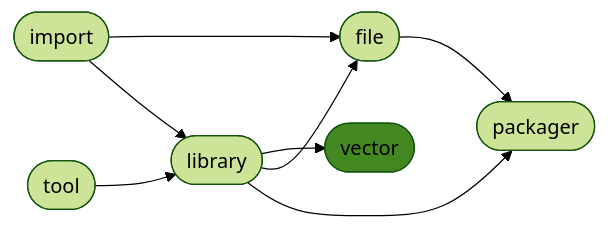
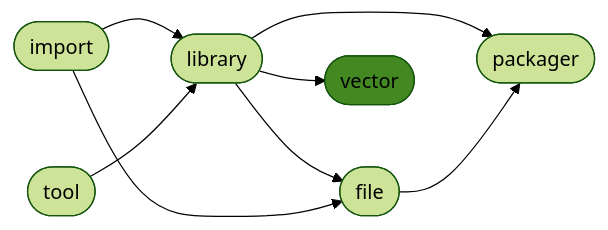
The diagram in README.md (ManderaGeneral/generalvector), drawn with Mermaid (forest theme) before and after one commit. The commit also changed other lines of this file, not shown here.

````diff
--- a/README.md
+++ b/README.md
@@ -24,17 +24,17 @@
 ```mermaid
 flowchart LR
+0([import]) --> 2([library])
 2([library]) --> 4([vector])
-0([import]) --> 3([file])
-0([import]) --> 2([library])
+2([library]) --> 5([packager])
 2([library]) --> 3([file])
 1([tool]) --> 2([library])
-2([library]) --> 5([packager])
+0([import]) --> 3([file])
 3([file]) --> 5([packager])
 click 0 "https://github.com/ManderaGeneral/generalimport"
 click 1 "https://github.com/ManderaGeneral/generaltool"
 click 2 "https://github.com/ManderaGeneral/generallibrary"
 click 3 "https://github.com/ManderaGeneral/generalfile"
 click 4 "https://github.com/ManderaGeneral/generalvector"
 click 5 "https://github.com/ManderaGeneral/generalpackager"
 style 4 fill:#482
 ```
````
